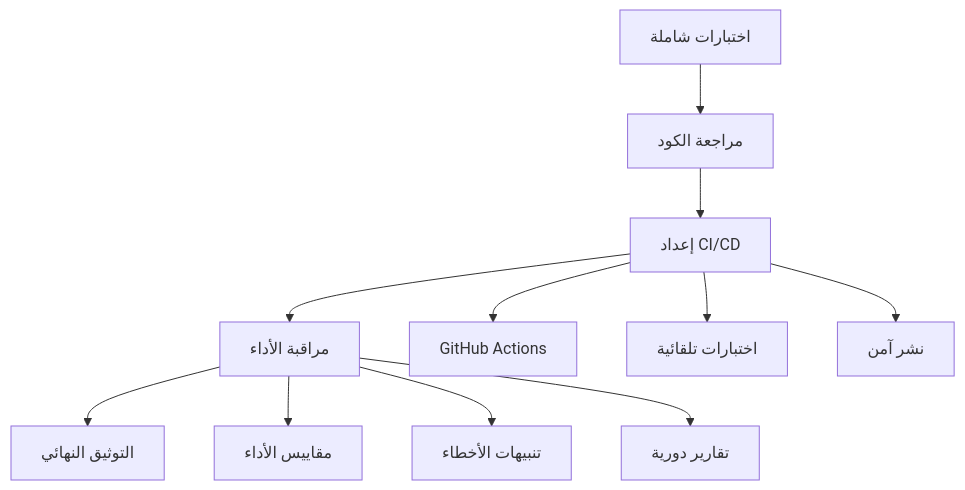
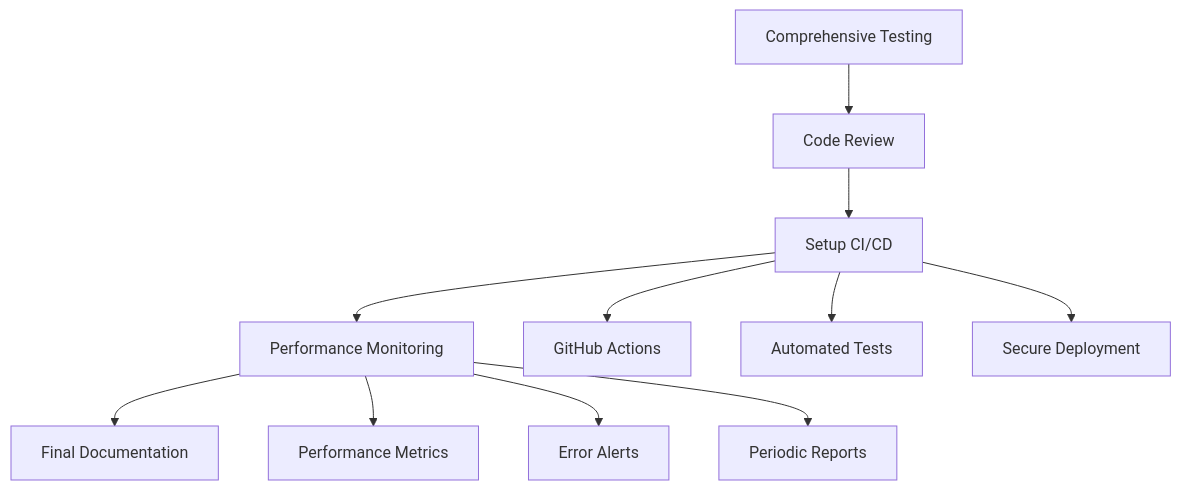
One commit to mohammed-murad-alqabal/Basir_accounting changed the third of 3 diagrams in .kiro/specs/comprehensive-improvement-plan/design.md. Above: the diagram before and after it, drawn with Mermaid. The commit also changed other lines of this file and 14 other files, not shown here.

````diff
--- a/.kiro/specs/comprehensive-improvement-plan/design.md
+++ b/.kiro/specs/comprehensive-improvement-plan/design.md
@@ -51,15 +51,15 @@
 ```mermaid
 graph TD
-    A[اختبارات شاملة] --> B[مراجعة الكود]
-    B --> C[إعداد CI/CD]
-    C --> D[مراقبة الأداء]
-    D --> E[التوثيق النهائي]
+    A[Comprehensive Testing] --> B[Code Review]
+    B --> C[Setup CI/CD]
+    C --> D[Performance Monitoring]
+    D --> E[Final Documentation]
 
     C --> C1[GitHub Actions]
-    C --> C2[اختبارات تلقائية]
-    C --> C3[نشر آمن]
+    C --> C2[Automated Tests]
+    C --> C3[Secure Deployment]
 
-    D --> D1[مقاييس الأداء]
-    D --> D2[تنبيهات الأخطاء]
-    D --> D3[تقارير دورية]
+    D --> D1[Performance Metrics]
+    D --> D2[Error Alerts]
+    D --> D3[Periodic Reports]
 ```
````
